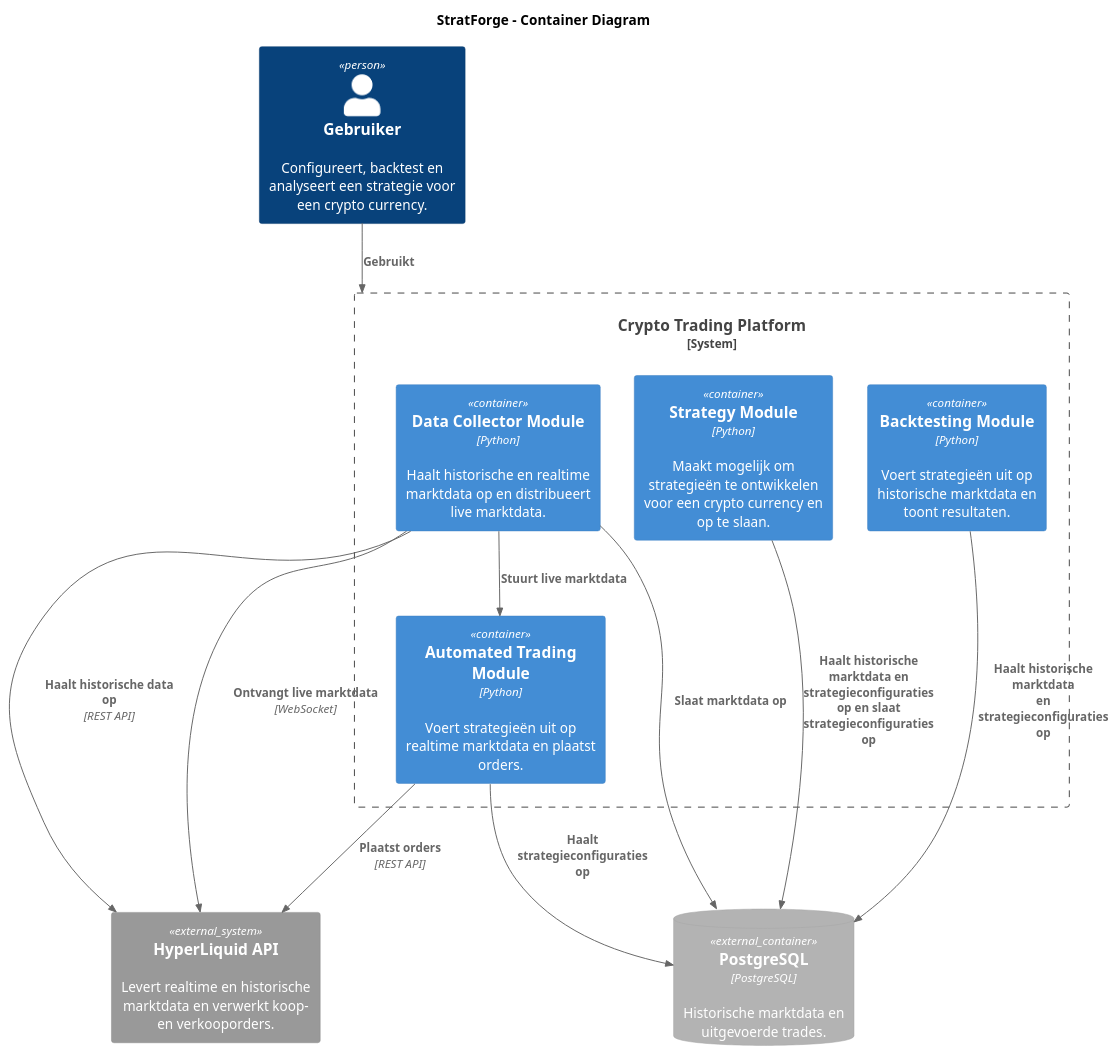
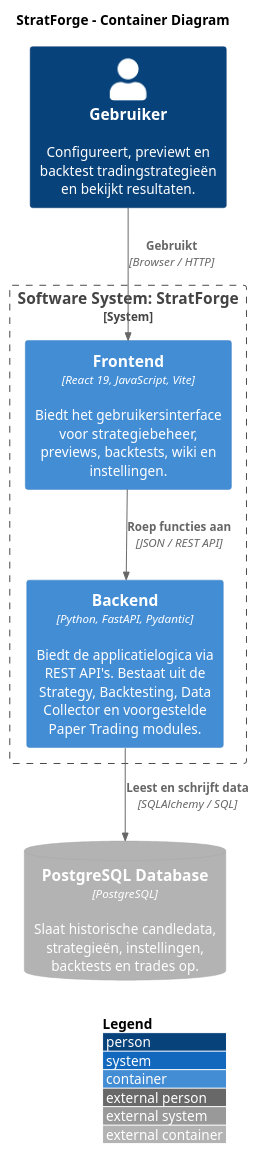
One commit to WVera123/StratForge changed the diagram in docs/c4/c4-container.puml. Above: the diagram before and after it, drawn with PlantUML. The commit also changed 8 other files, not shown here.

Commit message:
updated c4-diagrams

```diff
--- a/docs/c4/c4-container.puml
+++ b/docs/c4/c4-container.puml
@@ -1,40 +1,24 @@
 @startuml container diagram StratForge
 !include <C4/C4_Container>
 
+LAYOUT_WITH_LEGEND()
+
 title StratForge - Container Diagram
 
-Person(user, "Gebruiker", "Configureert, backtest en analyseert een strategie voor een crypto currency.")
+Person(user, "Gebruiker", "Configureert, previewt en backtest tradingstrategieën en bekijkt resultaten.")
 
-System_Ext(broker, "HyperLiquid API", "Levert realtime en historische marktdata en verwerkt koop- en verkooporders.")
+System_Boundary(stratforge, "Software System: StratForge") {
+    Container(frontend, "Frontend", "React 19, JavaScript, Vite", "Biedt het gebruikersinterface voor strategiebeheer, previews, backtests, wiki en instellingen.")
 
-System_Boundary(system, "Crypto Trading Platform") {
+    Container(backend, "Backend", "Python, FastAPI, Pydantic", "Biedt de applicatielogica via REST API's. Bestaat uit de Strategy, Backtesting, Data Collector en voorgestelde Paper Trading modules.")
 
-    Container(data,"Data Collector Module","Python","Haalt historische en realtime marktdata op en distribueert live marktdata.")
 
-    Container(strategy,"Strategy Module","Python","Maakt mogelijk om strategieën te ontwikkelen voor een crypto currency en op te slaan.")
-
-    Container(backtest,"Backtesting Module","Python","Voert strategieën uit op historische marktdata en toont resultaten.")
-
-    Container(trader, "Automated Trading Module", "Python", "Voert strategieën uit op realtime marktdata en plaatst orders.")
 }
 
-ContainerDb_Ext(db,"PostgreSQL","PostgreSQL","Historische marktdata en uitgevoerde trades.")
+ContainerDb_Ext(db, "PostgreSQL Database", "PostgreSQL", "Slaat historische candledata, strategieën, instellingen, backtests en trades op.")
 
-Rel(user, system,"Gebruikt")
+Rel(user, frontend, "Gebruikt", "Browser / HTTP")
+Rel(frontend, backend, "Roep functies aan", "JSON / REST API")
+Rel(backend, db, "Leest en schrijft data", "SQLAlchemy / SQL")
 
-Rel(data, broker,"Haalt historische data op","REST API")
-
-Rel(data, broker,"Ontvangt live marktdata","WebSocket")
-
-Rel(data, trader,"Stuurt live marktdata")
-
-Rel(trader, broker,"Plaatst orders","REST API")
-
-Rel(trader, db, "Haalt strategieconfiguraties op")
-
-Rel(strategy, db, "Haalt historische marktdata en strategieconfiguraties op en slaat strategieconfiguraties op")
-
-Rel(data, db,"Slaat marktdata op")
-
-Rel(backtest, db, "Haalt historische marktdata\nen strategieconfiguraties op")
 @enduml
```
